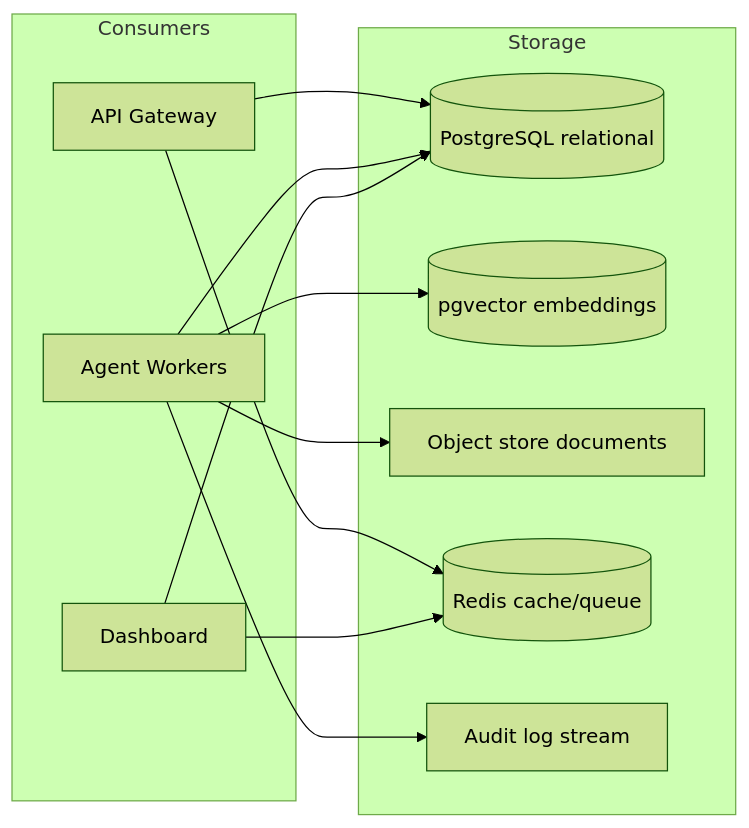
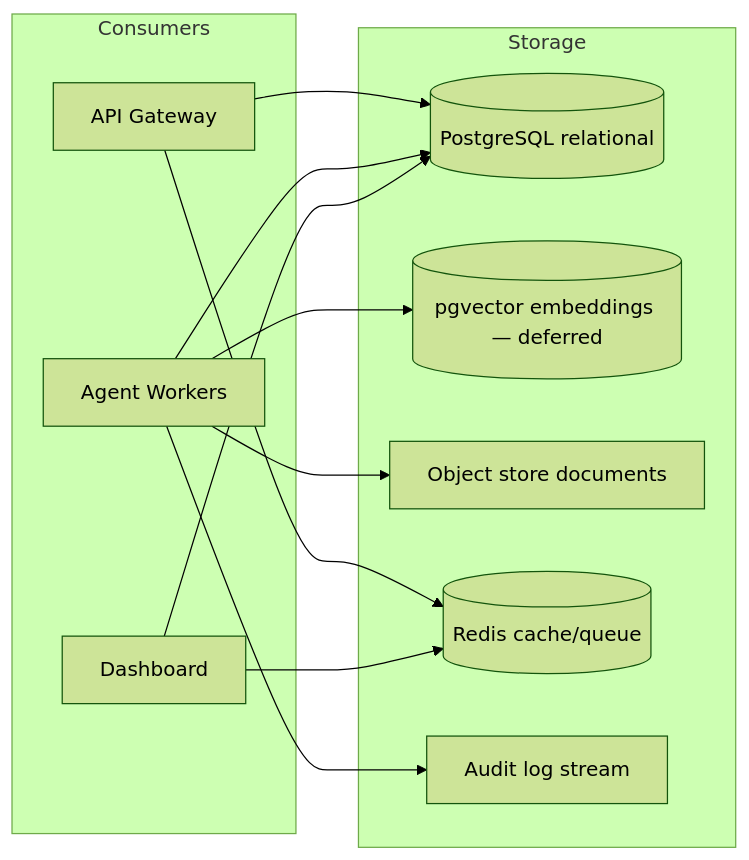
The ninth of 10 diagrams in ARCHITECTURE.md (vijayshri182/ai-career-agent), drawn with Mermaid (forest theme) before and after one commit. The commit also changed other lines of this file and 15 other files, not shown here.

````diff
--- a/ARCHITECTURE.md
+++ b/ARCHITECTURE.md
@@ -256,25 +256,25 @@
 ```mermaid
 flowchart LR
     subgraph Storage
         P[(PostgreSQL relational)]
-        V[(pgvector embeddings)]
+        V[(pgvector embeddings — deferred)]
         O[Object store documents]
         R[(Redis cache/queue)]
         L[Audit log stream]
     end
 
     subgraph Consumers
         API[API Gateway]
         Agents[Agent Workers]
         Dashboard[Dashboard]
     end
 
     API --> P
     API --> R
     Agents --> P
     Agents --> V
     Agents --> O
     Agents --> L
     Dashboard --> P
     Dashboard --> R
 ```
````
